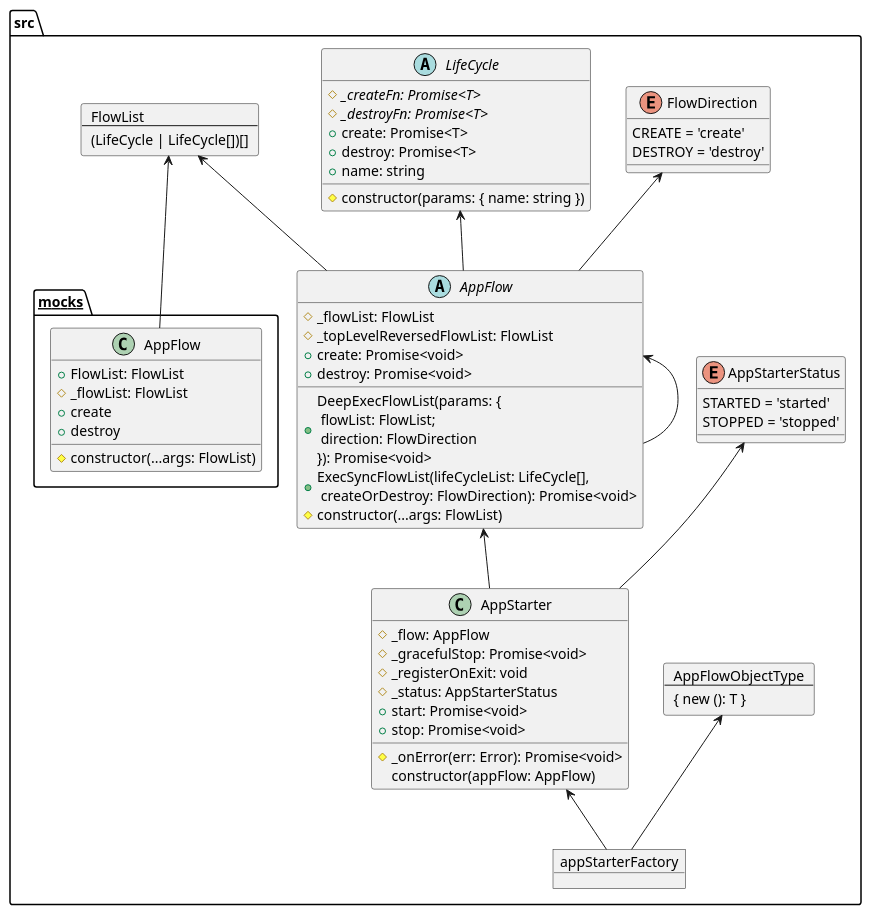
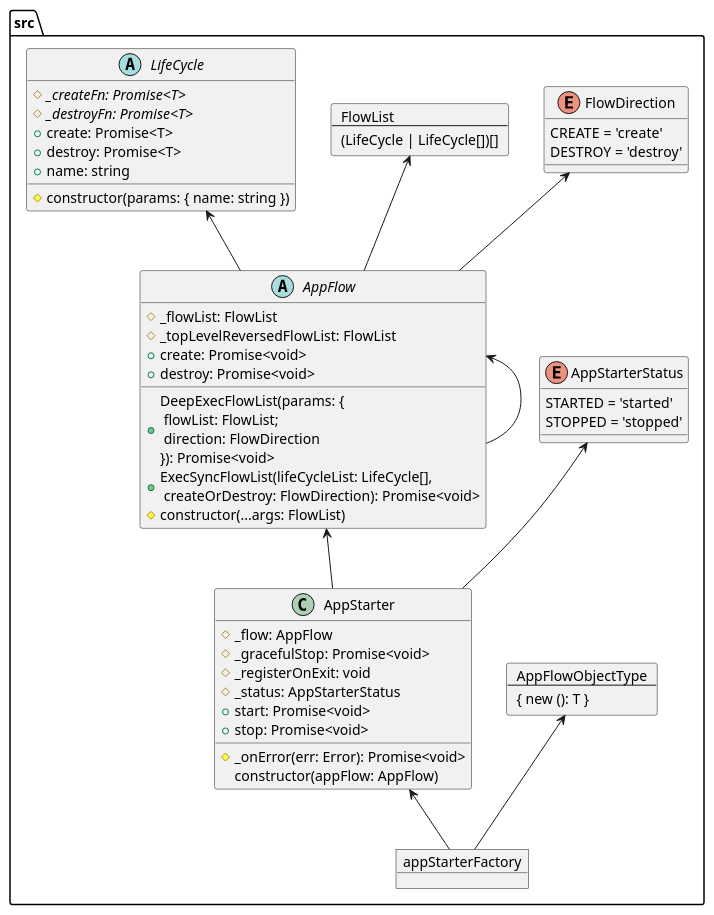
The diagram in resource/doc/vision/vision.puml (beecode-rs/msh-node-app), drawn with PlantUML before and after one commit. The commit also changed 3 other files, not shown here.

```diff
--- a/resource/doc/vision/vision.puml
+++ b/resource/doc/vision/vision.puml
@@ -1,69 +1,59 @@
 @startuml
     folder "src" as src_b874d07 {
       card flow_list_d6caefff [
         FlowList
         ---
         (LifeCycle | LifeCycle[])[]
       ]
       enum "FlowDirection" as flow_direction_d6caefff {
         CREATE = 'create'
         DESTROY = 'destroy'
       }
       abstract "AppFlow" as app_flow_d6caefff {
         + DeepExecFlowList(params: {\n flowList: FlowList;\n direction: FlowDirection \n}): Promise<void>
         + ExecSyncFlowList(lifeCycleList: LifeCycle[],\n createOrDestroy: FlowDirection): Promise<void>
         # _flowList: FlowList
         # _topLevelReversedFlowList: FlowList
         # constructor(...args: FlowList)
         + create: Promise<void>
         + destroy: Promise<void>
       }
       enum "AppStarterStatus" as app_starter_status_e965a85a {
         STARTED = 'started'
         STOPPED = 'stopped'
       }
       card app_flow_object_type_e965a85a [
         AppFlowObjectType
         ---
         { new (): T }
       ]
       class "AppStarter" as app_starter_e965a85a {
         # _flow: AppFlow
         # _gracefulStop: Promise<void>
         # _onError(err: Error): Promise<void>
         # _registerOnExit: void
         # _status: AppStarterStatus
         constructor(appFlow: AppFlow)
         + start: Promise<void>
         + stop: Promise<void>
       }
       object "appStarterFactory" as app_starter_factory_e965a85a {
       }
       abstract "LifeCycle" as life_cycle_2ee6f65a {
         # {abstract} _createFn: Promise<T>
         # {abstract} _destroyFn: Promise<T>
         # constructor(params: { name: string })
         + create: Promise<T>
         + destroy: Promise<T>
         + name: string
       }
-      folder "__mocks__" as mocks_c1f08231 {
-        class "AppFlow" as app_flow_10177909 {
-          + FlowList: FlowList
-          # _flowList: FlowList
-          # constructor(...args: FlowList)
-          + create
-          + destroy
-        }
-      }
     }
-  app_flow_10177909 -up-> flow_list_d6caefff
   app_flow_d6caefff -up-> life_cycle_2ee6f65a
   app_flow_d6caefff -up-> flow_list_d6caefff
   app_flow_d6caefff -up-> flow_direction_d6caefff
   app_flow_d6caefff -up-> app_flow_d6caefff
   app_starter_e965a85a -up-> app_flow_d6caefff
   app_starter_e965a85a -up-> app_starter_status_e965a85a
   app_starter_factory_e965a85a -up-> app_flow_object_type_e965a85a
   app_starter_factory_e965a85a -up-> app_starter_e965a85a
 @enduml
```
